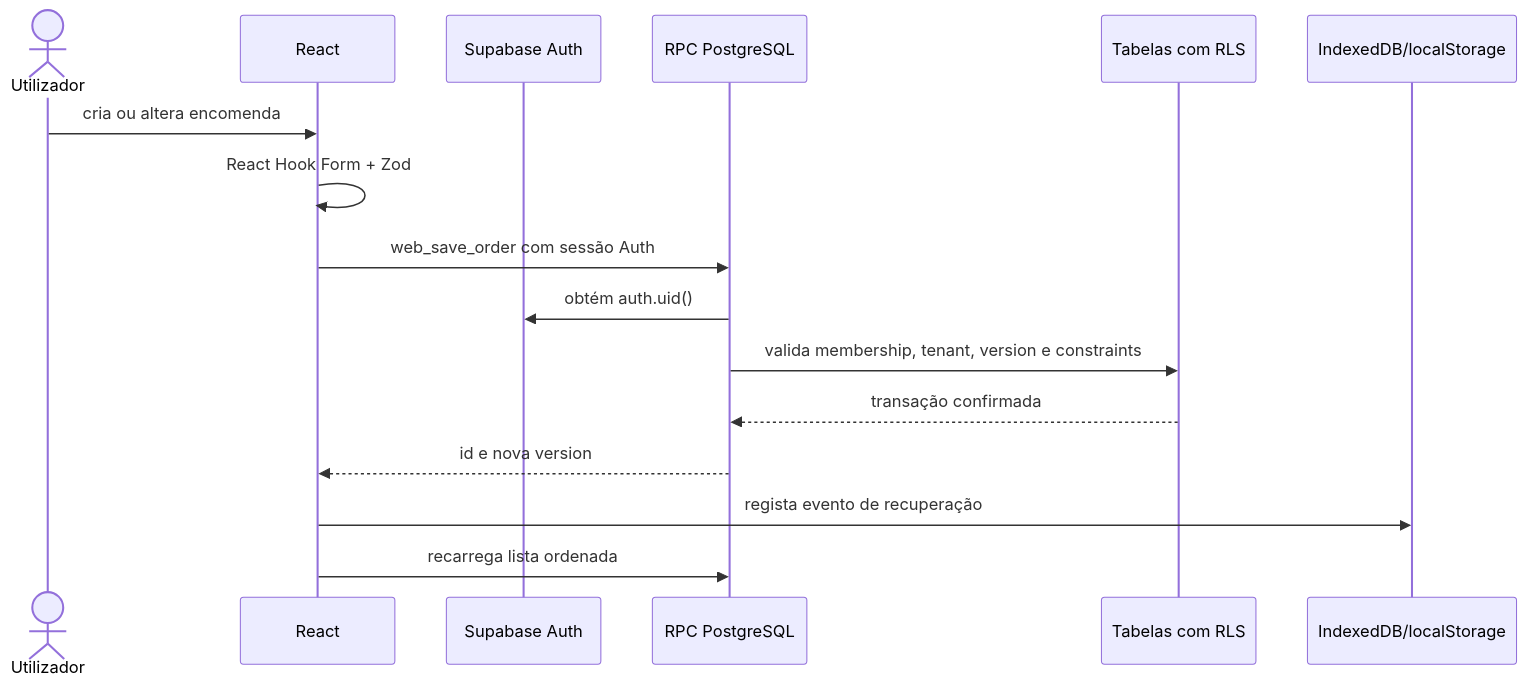
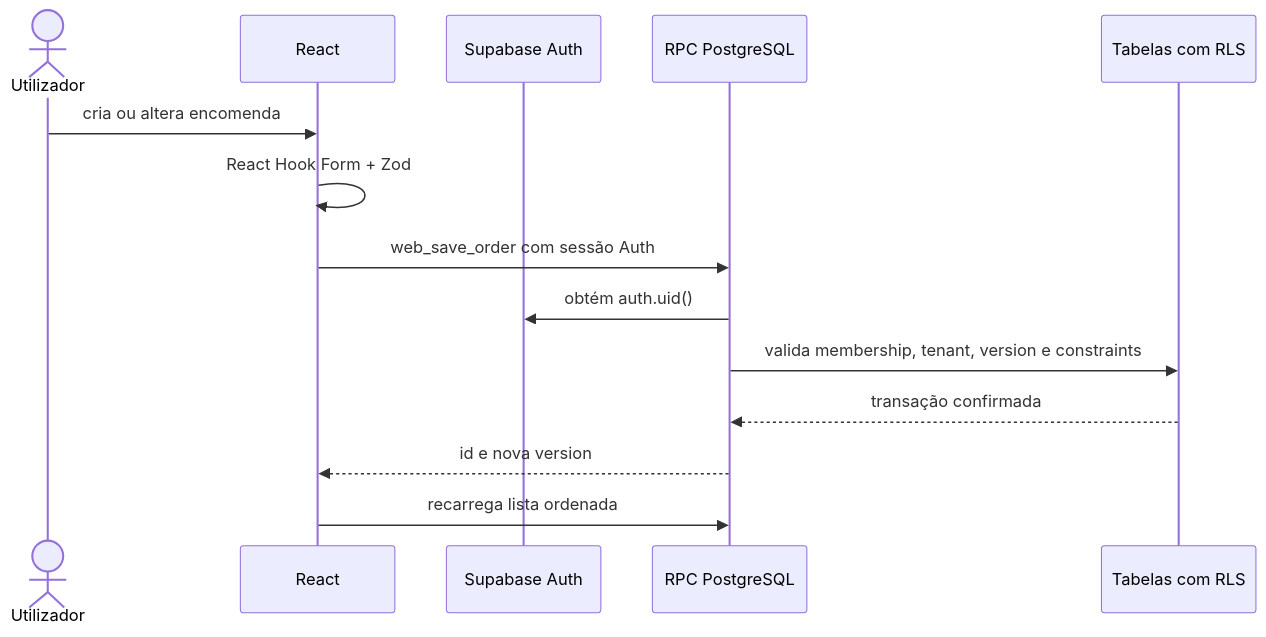
One commit to RodrigoSubtil/order-manager changed the diagram in docs/current-system.md. Above: the diagram before and after it, drawn with Mermaid. The commit also changed other lines of this file and 66 other files, not shown here.

````diff
--- a/docs/current-system.md
+++ b/docs/current-system.md
@@ -53,19 +51,17 @@
 ```mermaid
 sequenceDiagram
   actor Pessoa as Utilizador
   participant Web as React
   participant Auth as Supabase Auth
   participant RPC as RPC PostgreSQL
   participant DB as Tabelas com RLS
-  participant Local as IndexedDB/localStorage
 
   Pessoa->>Web: cria ou altera encomenda
   Web->>Web: React Hook Form + Zod
   Web->>RPC: web_save_order com sessão Auth
   RPC->>Auth: obtém auth.uid()
   RPC->>DB: valida membership, tenant, version e constraints
   DB-->>RPC: transação confirmada
   RPC-->>Web: id e nova version
-  Web->>Local: regista evento de recuperação
   Web->>RPC: recarrega lista ordenada
 ```
````
